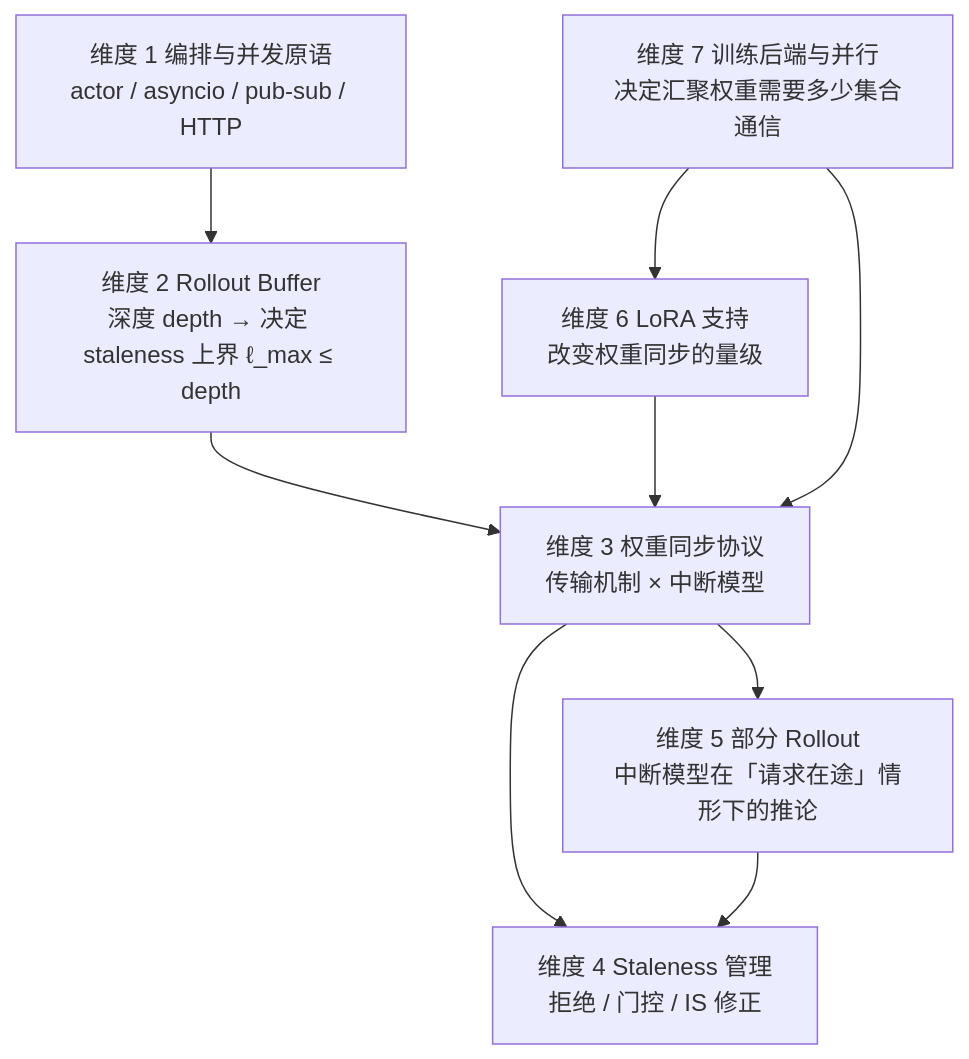
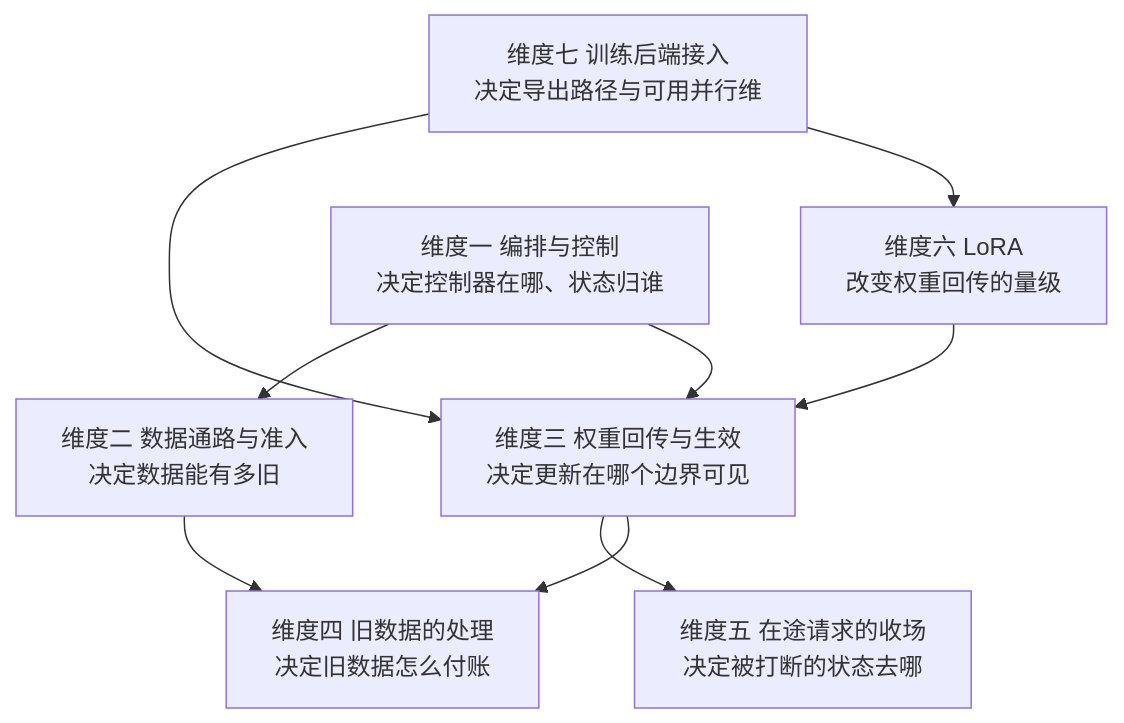
Before and after one commit to PraMamba/Awesome-ML-SYS-Tutorial: the second of 2 diagrams in rlhf/async-rl-training-landscape/readme.md, drawn with Mermaid. The commit also changed other lines of this file and 2 other files, not shown here.

````diff
--- a/rlhf/async-rl-training-landscape/readme.md
+++ b/rlhf/async-rl-training-landscape/readme.md
@@ -404,11 +155,11 @@
 ```mermaid
 graph TD
-    A["维度 1 编排与并发原语<br/>actor / asyncio / pub-sub / HTTP"] --> B["维度 2 Rollout Buffer<br/>深度 depth → 决定 staleness 上界 ℓ_max ≤ depth"]
-    B --> C["维度 3 权重同步协议<br/>传输机制 × 中断模型"]
-    C --> D["维度 4 Staleness 管理<br/>拒绝 / 门控 / IS 修正"]
-    C --> E["维度 5 部分 Rollout<br/>中断模型在「请求在途」情形下的推论"]
-    E --> D
-    F["维度 6 LoRA 支持<br/>改变权重同步的量级"] --> C
-    G["维度 7 训练后端与并行<br/>决定汇聚权重需要多少集合通信"] --> C
-    G --> F
+    A["维度二 数据通路与准入<br/>决定数据能有多旧"] --> B["维度四 旧数据的处理<br/>决定旧数据怎么付账"]
+    C["维度三 权重回传与生效<br/>决定更新在哪个边界可见"] --> D["维度五 在途请求的收场<br/>决定被打断的状态去哪"]
+    C --> B
+    E["维度六 LoRA<br/>改变权重回传的量级"] --> C
+    F["维度七 训练后端接入<br/>决定导出路径与可用并行维"] --> C
+    F --> E
+    G["维度一 编排与控制<br/>决定控制器在哪、状态归谁"] --> A
+    G --> C
 ```
````
